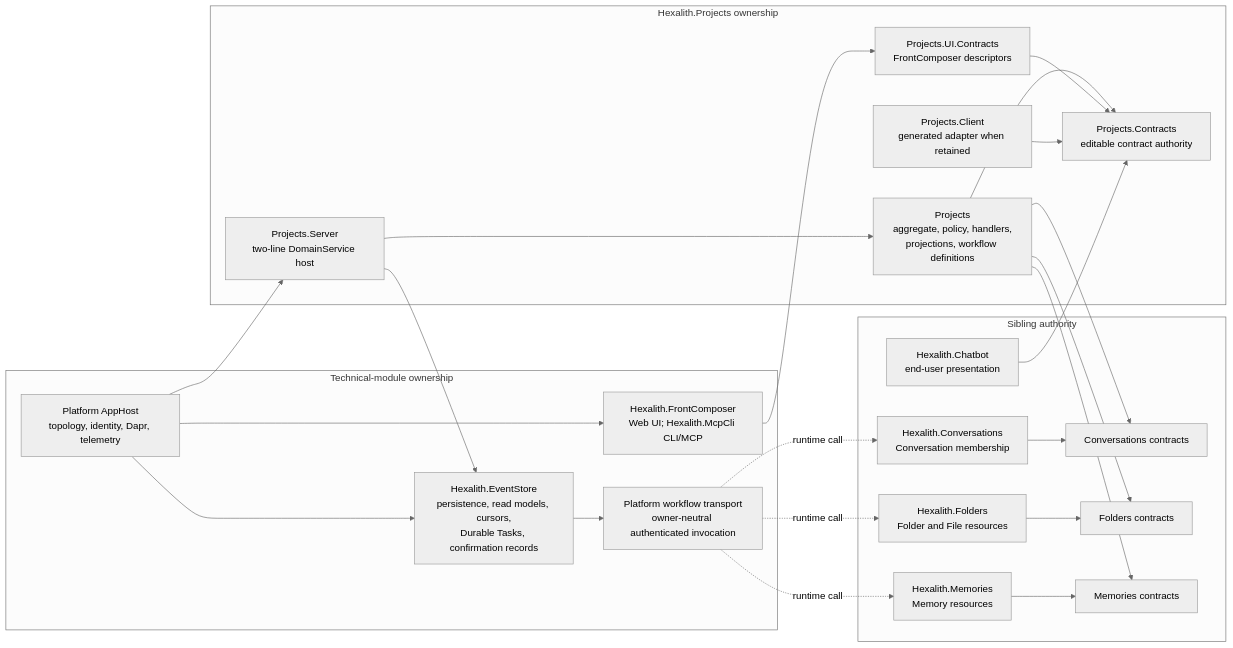
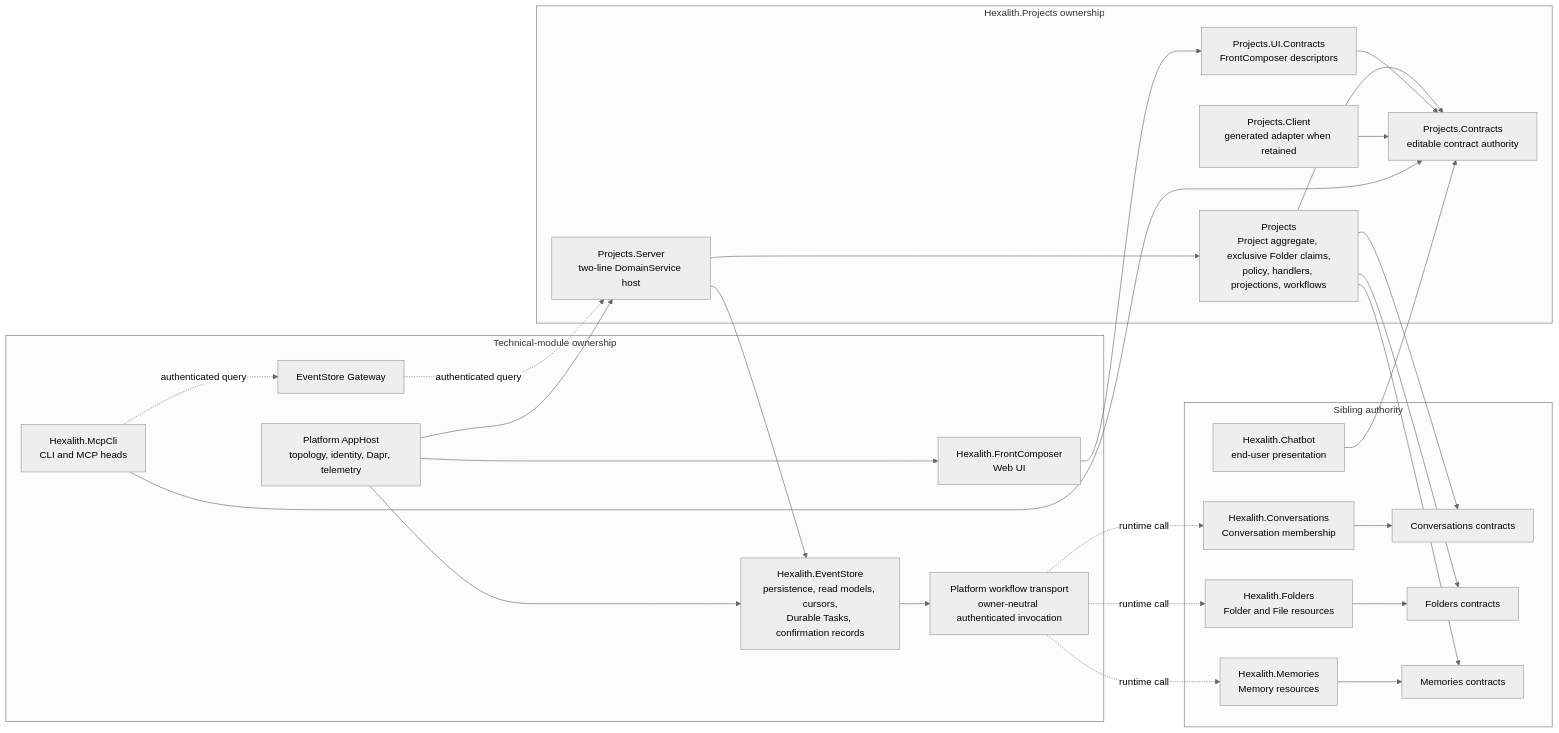
The first of 4 diagrams in _bmad-output/planning-artifacts/architecture/architecture-projects-2026-07-15/ARCHITECTURE-SPINE.md (Hexalith/Hexalith.Projects), drawn with Mermaid (neutral theme) before and after one commit. The commit also changed other lines of this file and 6 other files, not shown here.

Commit message:
docs(architecture): record exclusive Folder claims and validation findings

````diff
--- a/_bmad-output/planning-artifacts/architecture/architecture-projects-2026-07-15/ARCHITECTURE-SPINE.md
+++ b/_bmad-output/planning-artifacts/architecture/architecture-projects-2026-07-15/ARCHITECTURE-SPINE.md
@@ -55,48 +52,53 @@
 ```mermaid
 flowchart LR
     subgraph Projects["Hexalith.Projects ownership"]
         Contracts["Projects.Contracts<br/>editable contract authority"]
-        Domain["Projects<br/>aggregate, policy, handlers,<br/>projections, workflow definitions"]
+        Domain["Projects<br/>Project aggregate, exclusive Folder claims,<br/>policy, handlers, projections, workflows"]
         UIContracts["Projects.UI.Contracts<br/>FrontComposer descriptors"]
         Host["Projects.Server<br/>two-line DomainService host"]
         GeneratedClient["Projects.Client<br/>generated adapter when retained"]
     end
 
     subgraph Platform["Technical-module ownership"]
         EventStore["Hexalith.EventStore<br/>persistence, read models, cursors,<br/>Durable Tasks, confirmation records"]
         WorkflowTransport["Platform workflow transport<br/>owner-neutral authenticated invocation"]
-        FrontComposer["Hexalith.FrontComposer<br/>Web UI; Hexalith.McpCli CLI/MCP"]
+        FrontComposer["Hexalith.FrontComposer<br/>Web UI"]
+        McpCli["Hexalith.McpCli<br/>CLI and MCP heads"]
+        Gateway["EventStore Gateway"]
         AppHost["Platform AppHost<br/>topology, identity, Dapr, telemetry"]
     end
 
     subgraph Owners["Sibling authority"]
         ConversationContracts["Conversations contracts"]
         FolderContracts["Folders contracts"]
         MemoryContracts["Memories contracts"]
         Conversations["Hexalith.Conversations<br/>Conversation membership"]
         Folders["Hexalith.Folders<br/>Folder and File resources"]
         Memories["Hexalith.Memories<br/>Memory resources"]
         Chatbot["Hexalith.Chatbot<br/>end-user presentation"]
     end
 
     Domain --> Contracts
     UIContracts --> Contracts
     Host --> Domain
     Host --> EventStore
     GeneratedClient --> Contracts
     FrontComposer --> UIContracts
+    McpCli --> Contracts
+    McpCli -. authenticated query .-> Gateway
+    Gateway -. authenticated query .-> Host
     AppHost --> Host
     AppHost --> EventStore
     AppHost --> FrontComposer
     EventStore --> WorkflowTransport
     Domain --> ConversationContracts
     Domain --> FolderContracts
     Domain --> MemoryContracts
     Conversations --> ConversationContracts
     Folders --> FolderContracts
     Memories --> MemoryContracts
     WorkflowTransport -. "runtime call" .-> Conversations
     WorkflowTransport -. "runtime call" .-> Folders
     WorkflowTransport -. "runtime call" .-> Memories
     Chatbot --> Contracts
 ```
````
